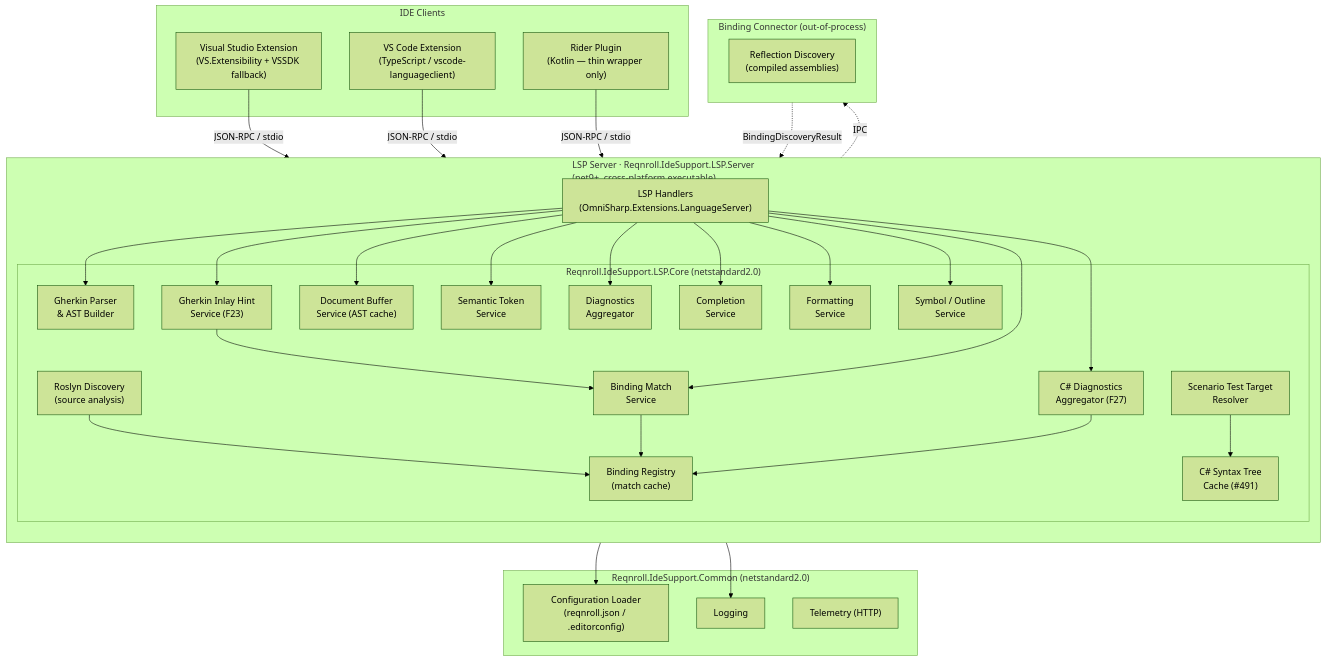
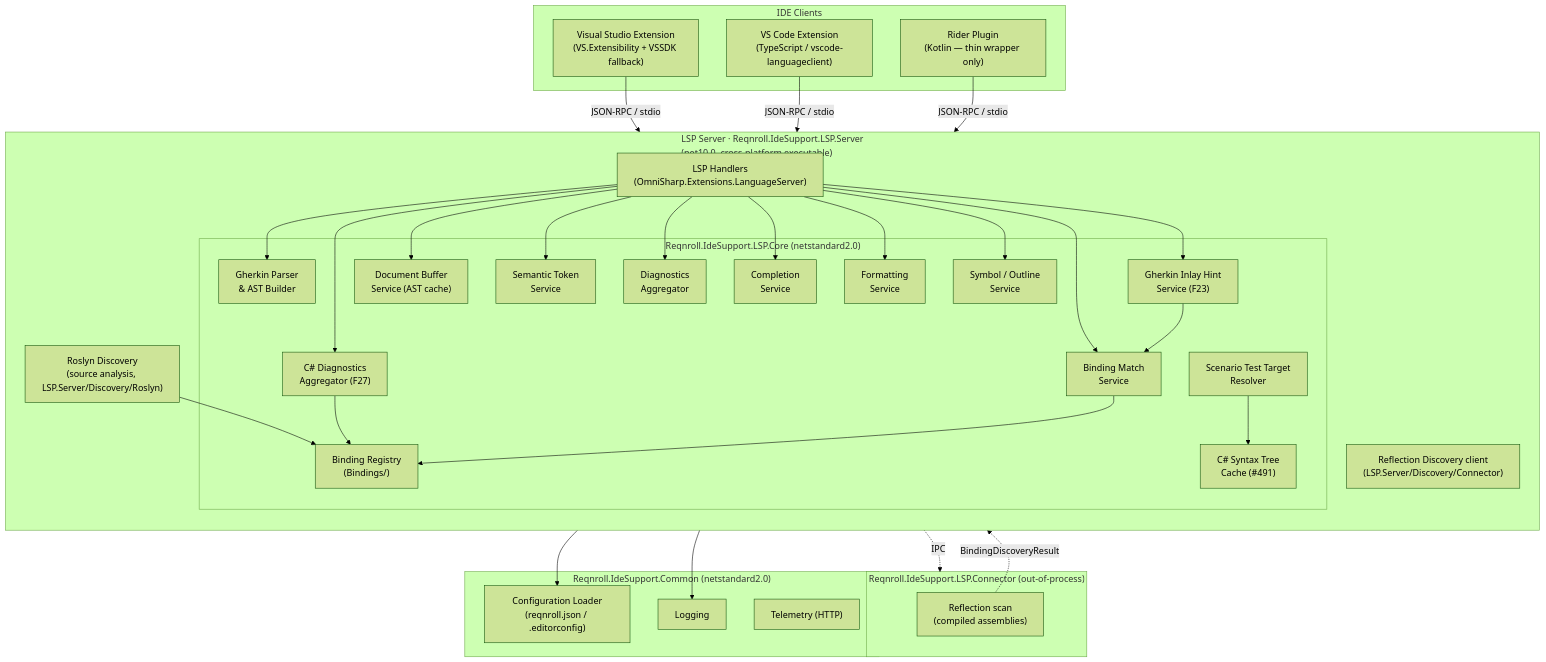
One commit to reqnroll/Reqnroll.IdeSupport changed the diagram in docs/LSP-IDE-Support-Architecture.md. Above: the diagram before and after it, drawn with Mermaid (forest theme). The commit also changed other lines of this file and 2 other files, not shown here.

First line of the commit message:
Refresh Architecture/Feature-Designs docs after the #521-524/#530 refactor

````diff
--- a/docs/LSP-IDE-Support-Architecture.md
+++ b/docs/LSP-IDE-Support-Architecture.md
@@ -126,66 +126,67 @@
 ```mermaid
 graph TB
     subgraph Editors["IDE Clients"]
         VSCode["VS Code Extension\n(TypeScript / vscode-languageclient)"]
         VS["Visual Studio Extension\n(VS.Extensibility + VSSDK fallback)"]
         Rider["Rider Plugin\n(Kotlin — thin wrapper only)"]
     end
 
-    subgraph Server["LSP Server  ·  Reqnroll.IdeSupport.LSP.Server\n(net9+, cross-platform executable)"]
+    subgraph Server["LSP Server  ·  Reqnroll.IdeSupport.LSP.Server\n(net10.0, cross-platform executable)"]
         direction TB
         Handlers["LSP Handlers\n(OmniSharp.Extensions.LanguageServer)"]
+        RoslynDiscovery["Roslyn Discovery\n(source analysis, LSP.Server/Discovery/Roslyn)"]
+        ReflectionDiscovery["Reflection Discovery client\n(LSP.Server/Discovery/Connector)"]
 
         subgraph Core["Reqnroll.IdeSupport.LSP.Core  (netstandard2.0)"]
             GherkinParser["Gherkin Parser\n& AST Builder"]
             DocBuffer["Document Buffer\nService (AST cache)"]
-            RoslynDiscovery["Roslyn Discovery\n(source analysis)"]
-            BindingRegistry["Binding Registry\n(match cache)"]
+            BindingRegistry["Binding Registry\n(Bindings/)"]
             SemTokenSvc["Semantic Token\nService"]
             DiagSvc["Diagnostics\nAggregator"]
             CSharpDiagSvc["C# Diagnostics\nAggregator (F27)"]
             CompletionSvc["Completion\nService"]
             FmtSvc["Formatting\nService"]
             BindingMatch["Binding Match\nService"]
             SymbolSvc["Symbol / Outline\nService"]
             InlayHintSvc["Gherkin Inlay Hint\nService (F23)"]
             CSharpTreeCache["C# Syntax Tree\nCache (#491)"]
             TestTargetResolver["Scenario Test Target\nResolver"]
 
-            RoslynDiscovery --> BindingRegistry
             BindingMatch --> BindingRegistry
             InlayHintSvc --> BindingMatch
             TestTargetResolver --> CSharpTreeCache
             CSharpDiagSvc --> BindingRegistry
         end
 
+        RoslynDiscovery --> BindingRegistry
         Handlers --> GherkinParser
         Handlers --> DocBuffer
         Handlers --> SemTokenSvc
         Handlers --> DiagSvc
         Handlers --> CSharpDiagSvc
         Handlers --> CompletionSvc
         Handlers --> FmtSvc
         Handlers --> BindingMatch
         Handlers --> SymbolSvc
         Handlers --> InlayHintSvc
     end
 
-    subgraph Connector["Binding Connector  (out-of-process)"]
-        ReflectionDiscovery["Reflection Discovery\n(compiled assemblies)"]
+    subgraph Connector["Reqnroll.IdeSupport.LSP.Connector  (out-of-process)"]
+        ReflectionScan["Reflection scan\n(compiled assemblies)"]
     end
 
     subgraph Common["Reqnroll.IdeSupport.Common  (netstandard2.0)"]
         ConfigLoader["Configuration Loader\n(reqnroll.json / .editorconfig)"]
         Logging["Logging"]
         Telemetry["Telemetry (HTTP)"]
     end
 
     VS     -->|"JSON-RPC / stdio"| Handlers
     VSCode -->|"JSON-RPC / stdio"| Handlers
     Rider  -->|"JSON-RPC / stdio"| Handlers
 
     Core   --> ConfigLoader
     Core   --> Logging
-    Server -.->|"IPC"| Connector
-    Connector -.->|"BindingDiscoveryResult"| BindingRegistry
+    ReflectionDiscovery -.->|"IPC"| Connector
+    ReflectionScan -.->|"BindingDiscoveryResult"| BindingRegistry
 ```
````
